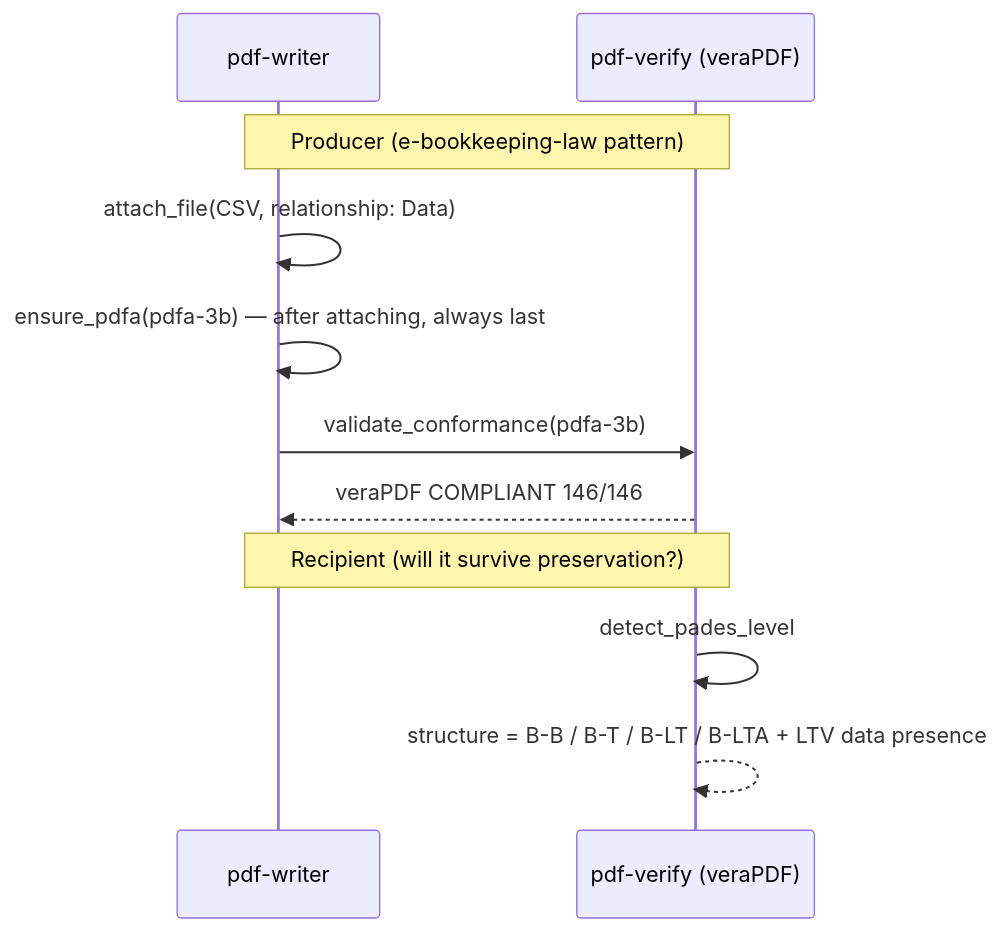
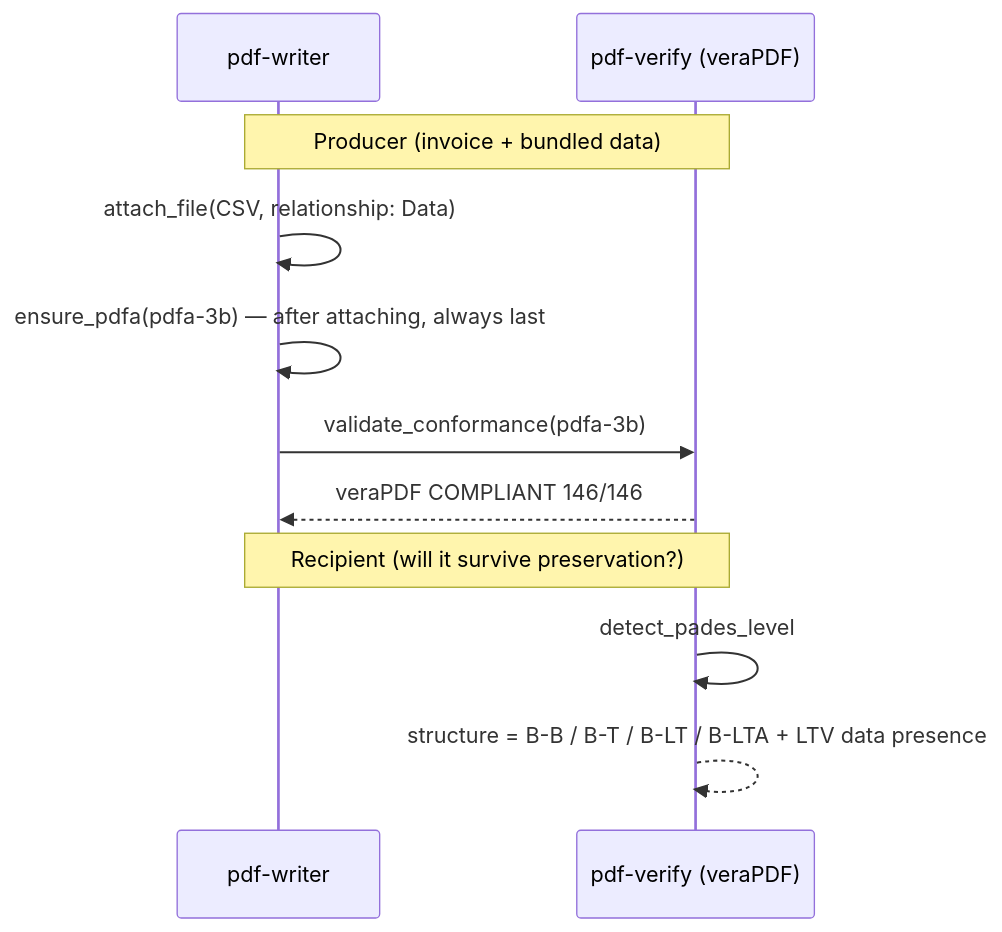
The diagram in site/docs/use-cases/pdfa-archive.md (shuji-bonji/pdf-agent-stack), drawn with Mermaid before and after one commit. The commit also changed other lines of this file and 8 other files, not shown here.

````diff
--- a/site/docs/use-cases/pdfa-archive.md
+++ b/site/docs/use-cases/pdfa-archive.md
@@ -27,15 +27,15 @@
 ```mermaid
 sequenceDiagram
   participant W as pdf-writer
   participant V as pdf-verify (veraPDF)
 
-  Note over W,V: Producer (e-bookkeeping-law pattern)
+  Note over W,V: Producer (invoice + bundled data)
   W->>W: attach_file(CSV, relationship: Data)
   W->>W: ensure_pdfa(pdfa-3b) — after attaching, always last
   W->>V: validate_conformance(pdfa-3b)
   V-->>W: veraPDF COMPLIANT 146/146
 
   Note over W,V: Recipient (will it survive preservation?)
   V->>V: detect_pades_level
   V-->>V: structure = B-B / B-T / B-LT / B-LTA + LTV data presence
 ```
````
